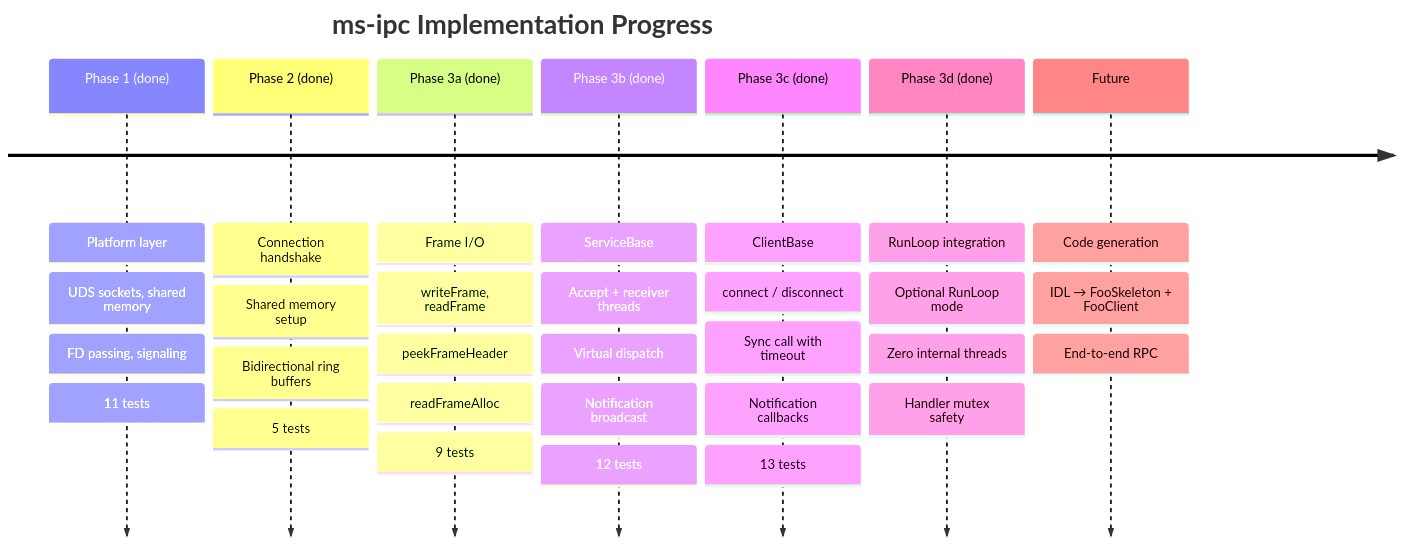
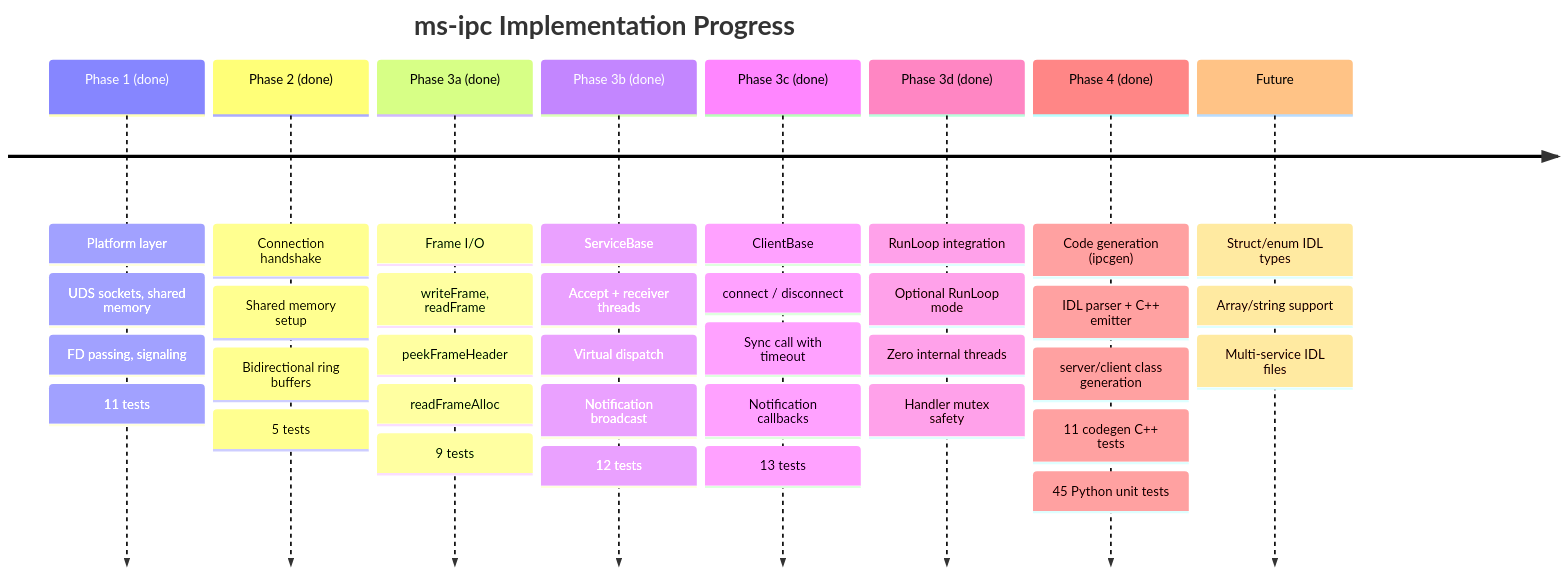
Diagram 17 of 17 in doc/architecture.md (Mrunmoy/aether), drawn with Mermaid before and after one commit. The commit also changed other lines of this file and 29 other files, not shown here.

Commit message:
Refactor and update docs and unit tests

````diff
--- a/doc/architecture.md
+++ b/doc/architecture.md
@@ -443,34 +450,39 @@
 ```mermaid
 timeline
     title ms-ipc Implementation Progress
     Phase 1 (done) : Platform layer
                    : UDS sockets, shared memory
                    : FD passing, signaling
                    : 11 tests
     Phase 2 (done) : Connection handshake
                    : Shared memory setup
                    : Bidirectional ring buffers
                    : 5 tests
     Phase 3a (done) : Frame I/O
                     : writeFrame, readFrame
                     : peekFrameHeader
                     : readFrameAlloc
                     : 9 tests
     Phase 3b (done) : ServiceBase
                     : Accept + receiver threads
                     : Virtual dispatch
                     : Notification broadcast
                     : 12 tests
     Phase 3c (done) : ClientBase
                     : connect / disconnect
                     : Sync call with timeout
                     : Notification callbacks
                     : 13 tests
     Phase 3d (done) : RunLoop integration
                     : Optional RunLoop mode
                     : Zero internal threads
                     : Handler mutex safety
-    Future : Code generation
-           : IDL → FooSkeleton + FooClient
-           : End-to-end RPC
+    Phase 4 (done) : Code generation (ipcgen)
+                   : IDL parser + C++ emitter
+                   : server/client class generation
+                   : 11 codegen C++ tests
+                   : 45 Python unit tests
+    Future : Struct/enum IDL types
+           : Array/string support
+           : Multi-service IDL files
 ```
````
